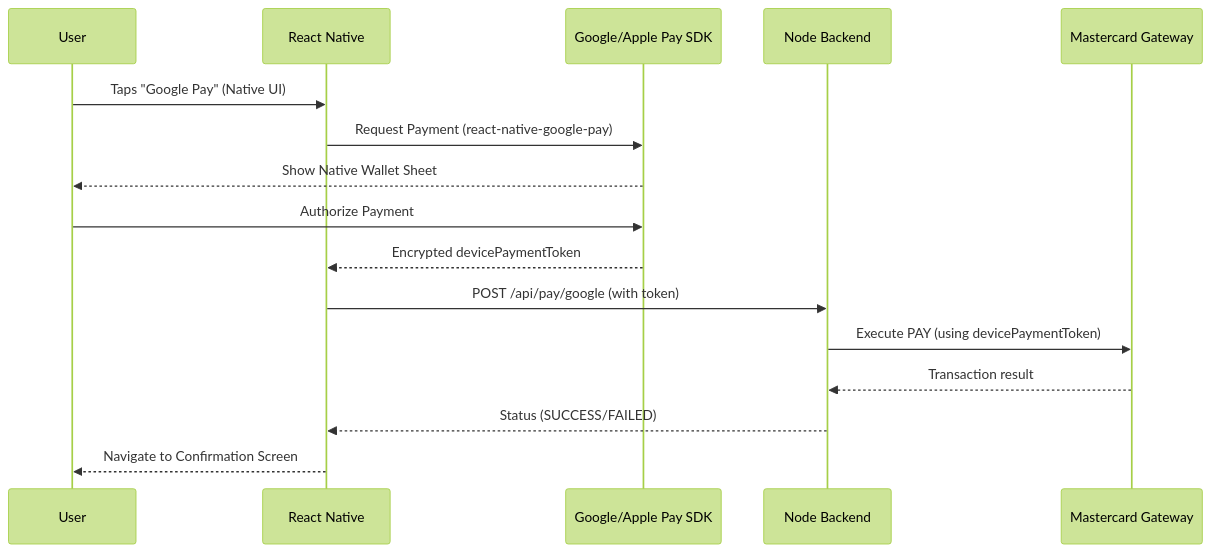
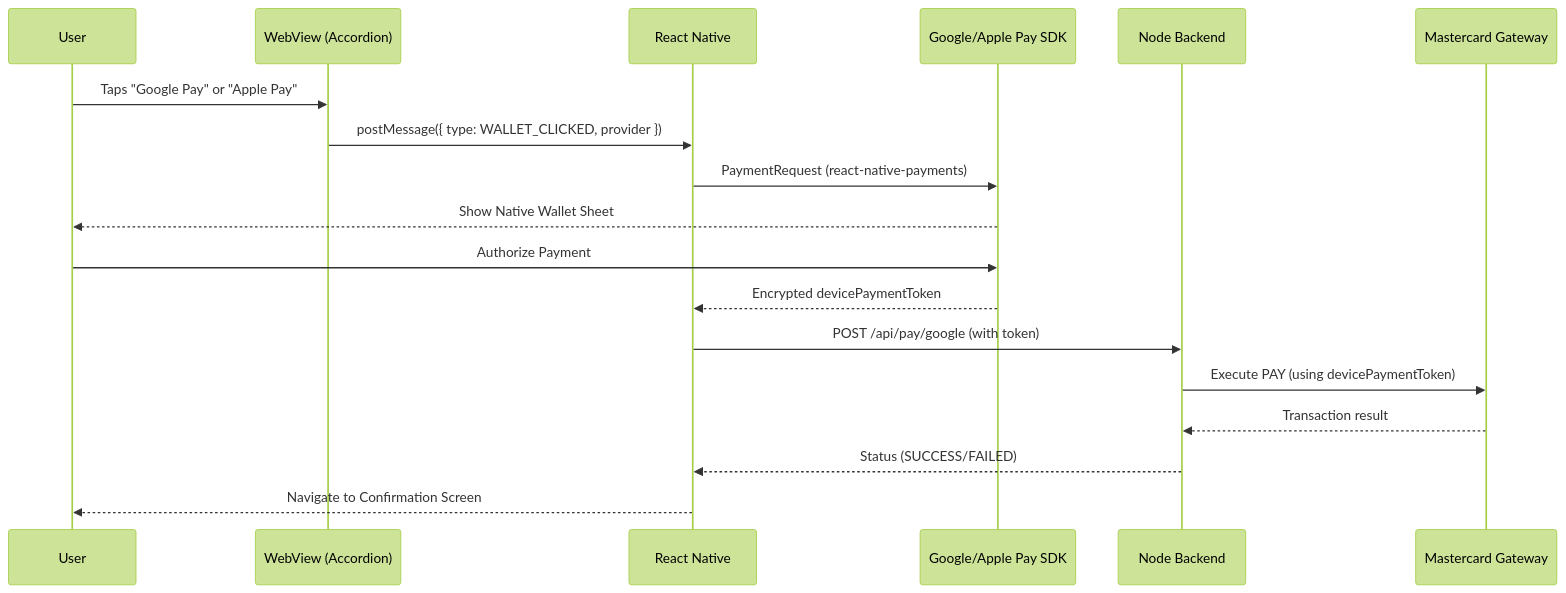
The second of 2 diagrams in README.md (indigothm/mpgs-rn-hosted-checkout), drawn with Mermaid (forest theme) before and after one commit. The commit also changed other lines of this file and 15 other files, not shown here.

Commit message:
feat: Implement native Apple Pay and Google Pay, refactor the checkout UI with accordions, and add a Claude Code skill file.

````diff
--- a/README.md
+++ b/README.md
@@ -187,20 +213,22 @@
 ```mermaid
 sequenceDiagram
     participant User
+    participant WV as WebView (Accordion)
     participant RN as React Native
     participant OS as Google/Apple Pay SDK
     participant API as Node Backend
     participant MPGS as Mastercard Gateway
-    
-    User->>RN: Taps "Google Pay" (Native UI)
-    RN->>OS: Request Payment (react-native-google-pay)
+
+    User->>WV: Taps "Google Pay" or "Apple Pay"
+    WV->>RN: postMessage({ type: WALLET_CLICKED, provider })
+    RN->>OS: PaymentRequest (react-native-payments)
     OS-->>User: Show Native Wallet Sheet
     User->>OS: Authorize Payment
     OS-->>RN: Encrypted devicePaymentToken
-    
+
     RN->>API: POST /api/pay/google (with token)
     API->>MPGS: Execute PAY (using devicePaymentToken)
     MPGS-->>API: Transaction result
     API-->>RN: Status (SUCCESS/FAILED)
     RN-->>User: Navigate to Confirmation Screen
 ```
````
